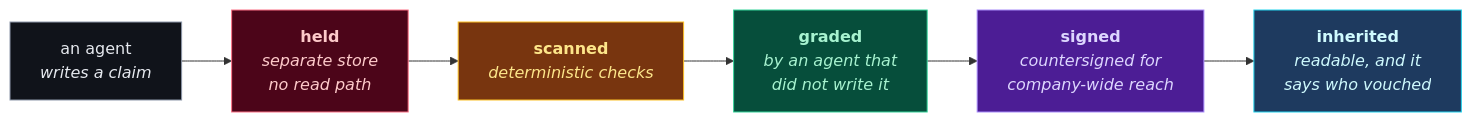
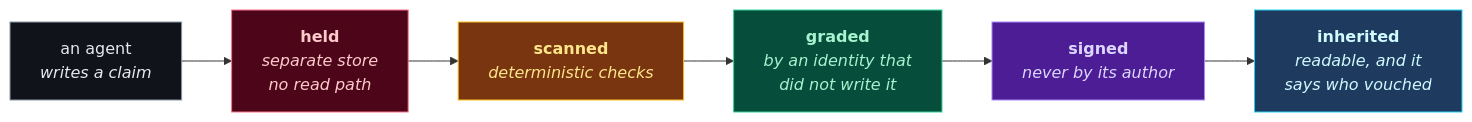
One commit to doublegate-io/.github changed the diagram in profile/README.md. Above: the diagram before and after it, drawn with Mermaid. The commit also changed other lines of this file and 6 other files, not shown here.

````diff
--- a/profile/README.md
+++ b/profile/README.md
@@ -48,15 +42,15 @@
 ```mermaid
 flowchart LR
   W["an agent<br/><i>writes a claim</i>"] --> H["<b>held</b><br/><i>separate store</i><br/><i>no read path</i>"]
   H --> S["<b>scanned</b><br/><i>deterministic checks</i>"]
-  S --> G["<b>graded</b><br/><i>by an agent that<br/>did not write it</i>"]
-  G --> R["<b>signed</b><br/><i>countersigned for<br/>company-wide reach</i>"]
+  S --> G["<b>graded</b><br/><i>by an identity that<br/>did not write it</i>"]
+  G --> R["<b>signed</b><br/><i>never by its author</i>"]
   R --> A["<b>inherited</b><br/><i>readable, and it<br/>says who vouched</i>"]
 
   style W fill:#10131a,stroke:#8d97a9,color:#e6e9ef
   style H fill:#4c0519,stroke:#fb7185,color:#fecaca
   style S fill:#78350f,stroke:#fbbf24,color:#fde68a
   style G fill:#064e3b,stroke:#34d399,color:#a7f3d0
   style R fill:#4c1d95,stroke:#a78bfa,color:#ddd6fe
   style A fill:#1e3a5f,stroke:#22d3ee,color:#cffafe
 ```
````
